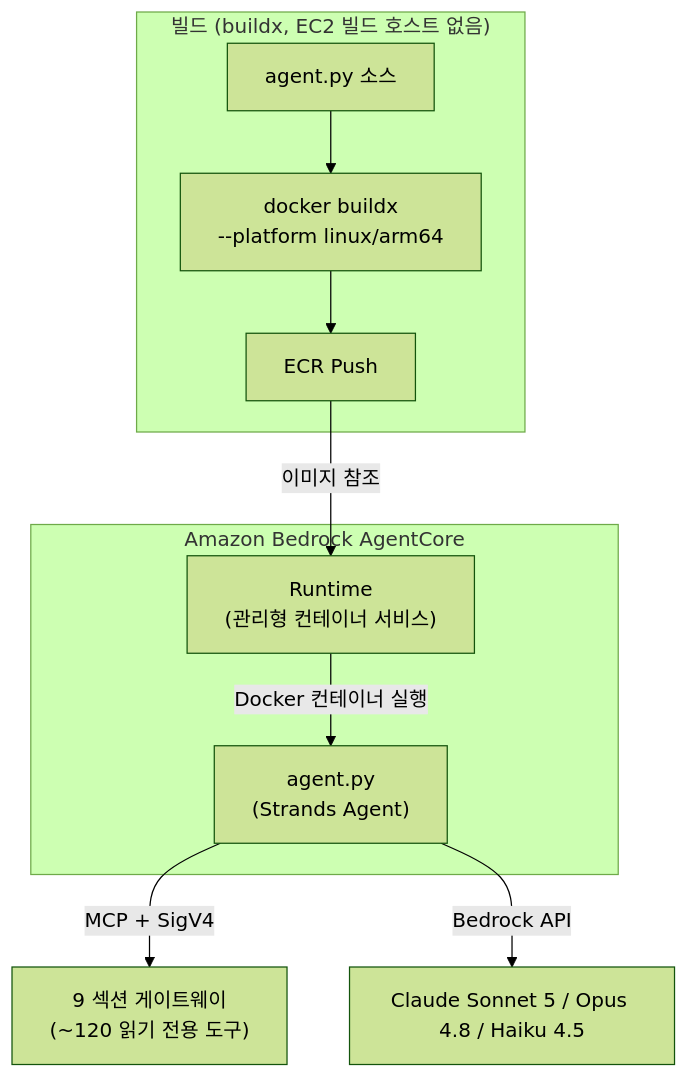
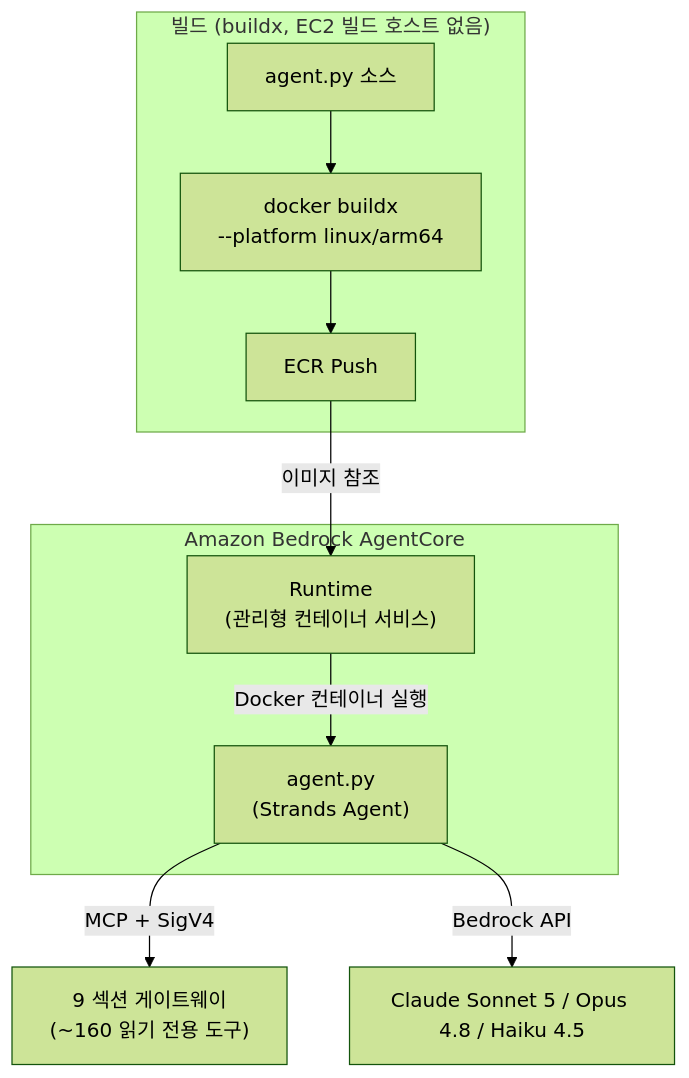
One commit to Atom-oh/awsops changed the second of 7 diagrams in docs-site/docs/faq/agentcore-memory.md. Above: the diagram before and after it, drawn with Mermaid (forest theme). The commit also changed other lines of this file and 28 other files, not shown here.

````diff
--- a/docs-site/docs/faq/agentcore-memory.md
+++ b/docs-site/docs/faq/agentcore-memory.md
@@ -40,17 +40,17 @@
 ```mermaid
 flowchart TD
   subgraph AC["Amazon Bedrock AgentCore"]
     RT["Runtime<br/>(관리형 컨테이너 서비스)"]
     RT -->|"Docker 컨테이너 실행"| AGENT["agent.py<br/>(Strands Agent)"]
   end
 
   subgraph BUILD["빌드 (buildx, EC2 빌드 호스트 없음)"]
     SRC["agent.py 소스"] --> DOCKER["docker buildx<br/>--platform linux/arm64"]
     DOCKER --> ECR["ECR Push"]
   end
 
   ECR -->|"이미지 참조"| RT
 
-  AGENT -->|"MCP + SigV4"| GW["9 섹션 게이트웨이<br/>(~120 읽기 전용 도구)"]
+  AGENT -->|"MCP + SigV4"| GW["9 섹션 게이트웨이<br/>(~160 읽기 전용 도구)"]
   AGENT -->|"Bedrock API"| MODEL["Claude Sonnet 5 / Opus 4.8 / Haiku 4.5"]
 ```
````
